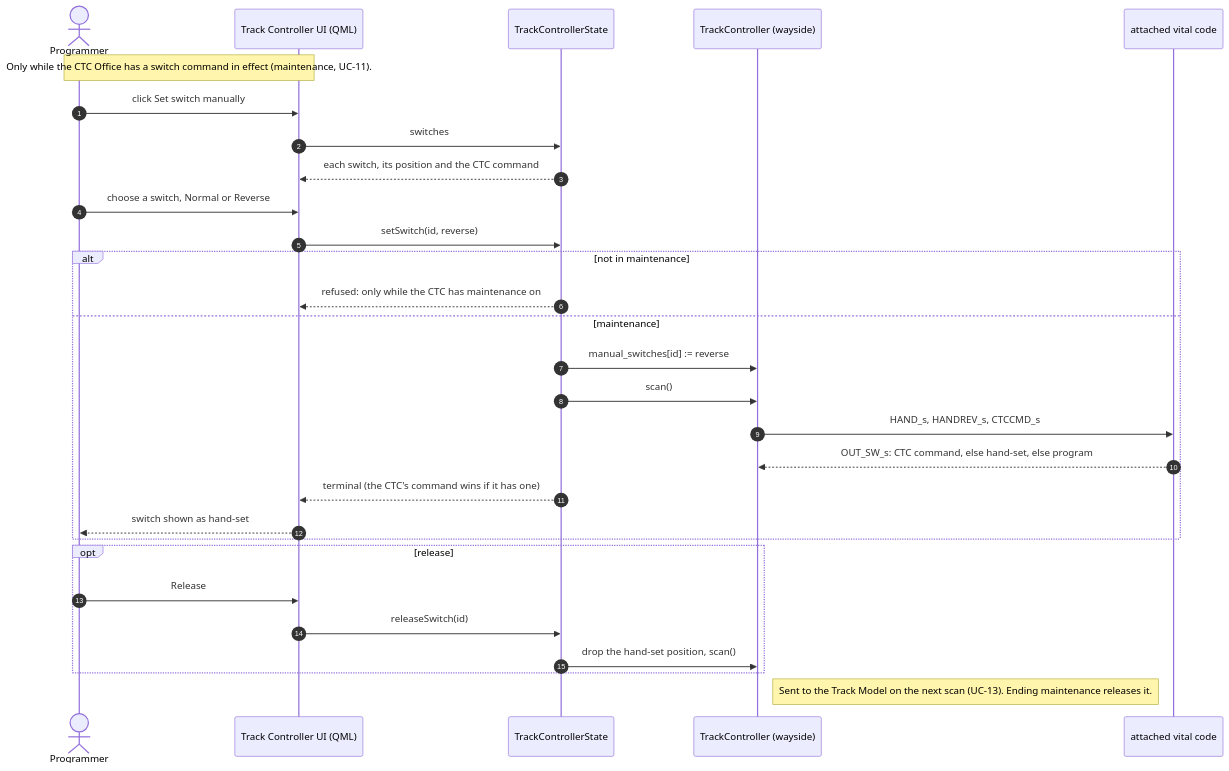
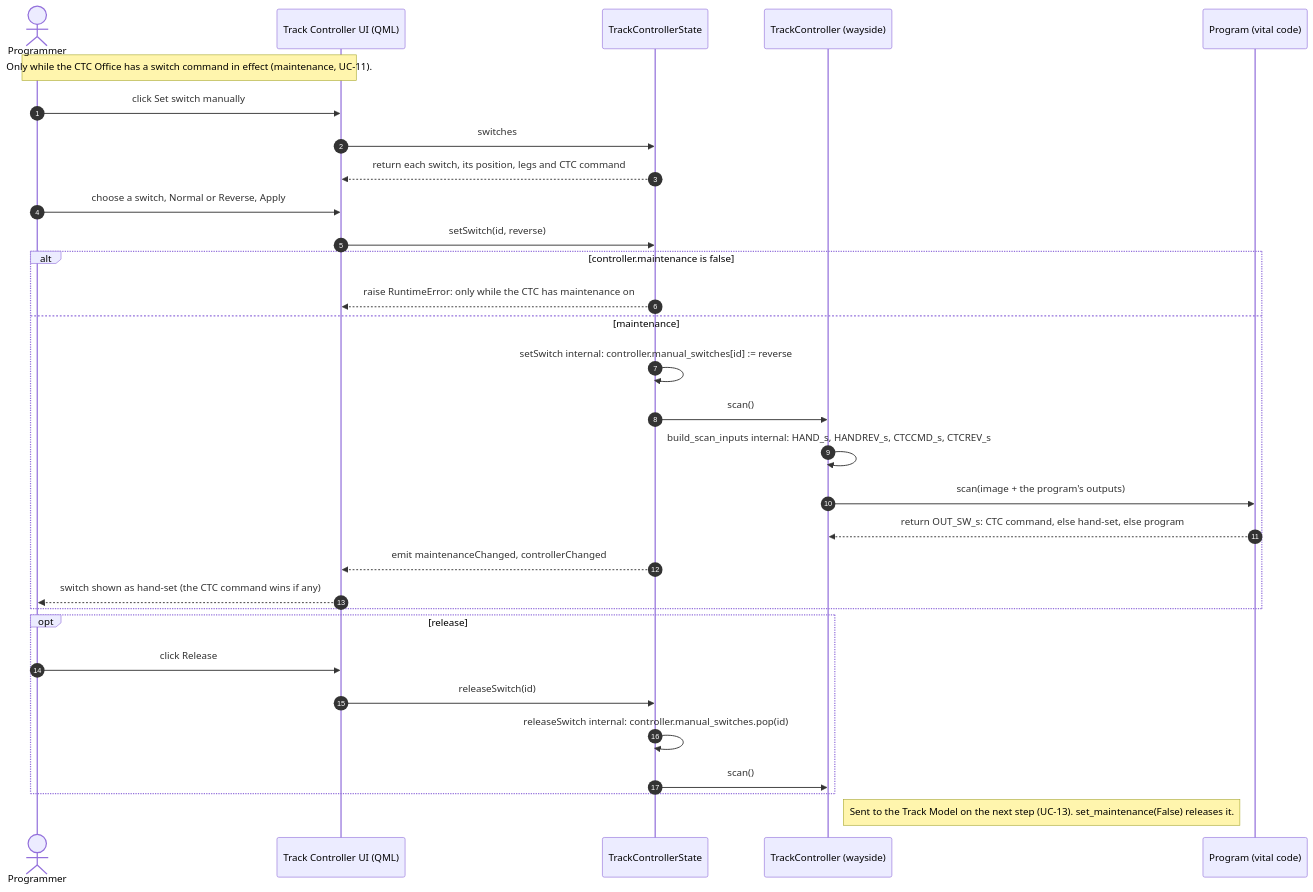
Before and after one commit to Landiss04/Track-Overflow: the diagram in documents/uml/track_ctrl_sw/sequence/sd08_hand_set_switch.mmd, drawn with Mermaid. The commit also changed 65 other files, not shown here.

```diff
--- a/documents/uml/track_ctrl_sw/sequence/sd08_hand_set_switch.mmd
+++ b/documents/uml/track_ctrl_sw/sequence/sd08_hand_set_switch.mmd
@@ -1,29 +1,31 @@
 sequenceDiagram
     autonumber
     actor P as Programmer
     participant UI as Track Controller UI (QML)
     participant S as TrackControllerState
     participant W as TrackController (wayside)
-    participant V as attached vital code
+    participant V as Program (vital code)
     Note over P,UI: Only while the CTC Office has a switch command in effect (maintenance, UC-11).
     P->>UI: click Set switch manually
     UI->>S: switches
-    S-->>UI: each switch, its position and the CTC command
-    P->>UI: choose a switch, Normal or Reverse
+    S-->>UI: return each switch, its position, legs and CTC command
+    P->>UI: choose a switch, Normal or Reverse, Apply
     UI->>S: setSwitch(id, reverse)
-    alt not in maintenance
-        S-->>UI: refused: only while the CTC has maintenance on
+    alt controller.maintenance is false
+        S-->>UI: raise RuntimeError: only while the CTC has maintenance on
     else maintenance
-        S->>W: manual_switches[id] := reverse
+        S->>S: setSwitch internal: controller.manual_switches[id] := reverse
         S->>W: scan()
-        W->>V: HAND_s, HANDREV_s, CTCCMD_s
-        V-->>W: OUT_SW_s: CTC command, else hand-set, else program
-        S-->>UI: terminal (the CTC's command wins if it has one)
-        UI-->>P: switch shown as hand-set
+        W->>W: build_scan_inputs internal: HAND_s, HANDREV_s, CTCCMD_s, CTCREV_s
+        W->>V: scan(image + the program's outputs)
+        V-->>W: return OUT_SW_s: CTC command, else hand-set, else program
+        S-->>UI: emit maintenanceChanged, controllerChanged
+        UI-->>P: switch shown as hand-set (the CTC command wins if any)
     end
     opt release
-        P->>UI: Release
+        P->>UI: click Release
         UI->>S: releaseSwitch(id)
-        S->>W: drop the hand-set position, scan()
+        S->>S: releaseSwitch internal: controller.manual_switches.pop(id)
+        S->>W: scan()
     end
-    Note right of W: Sent to the Track Model on the next scan (UC-13). Ending maintenance releases it.
+    Note right of W: Sent to the Track Model on the next step (UC-13). set_maintenance(False) releases it.
```
